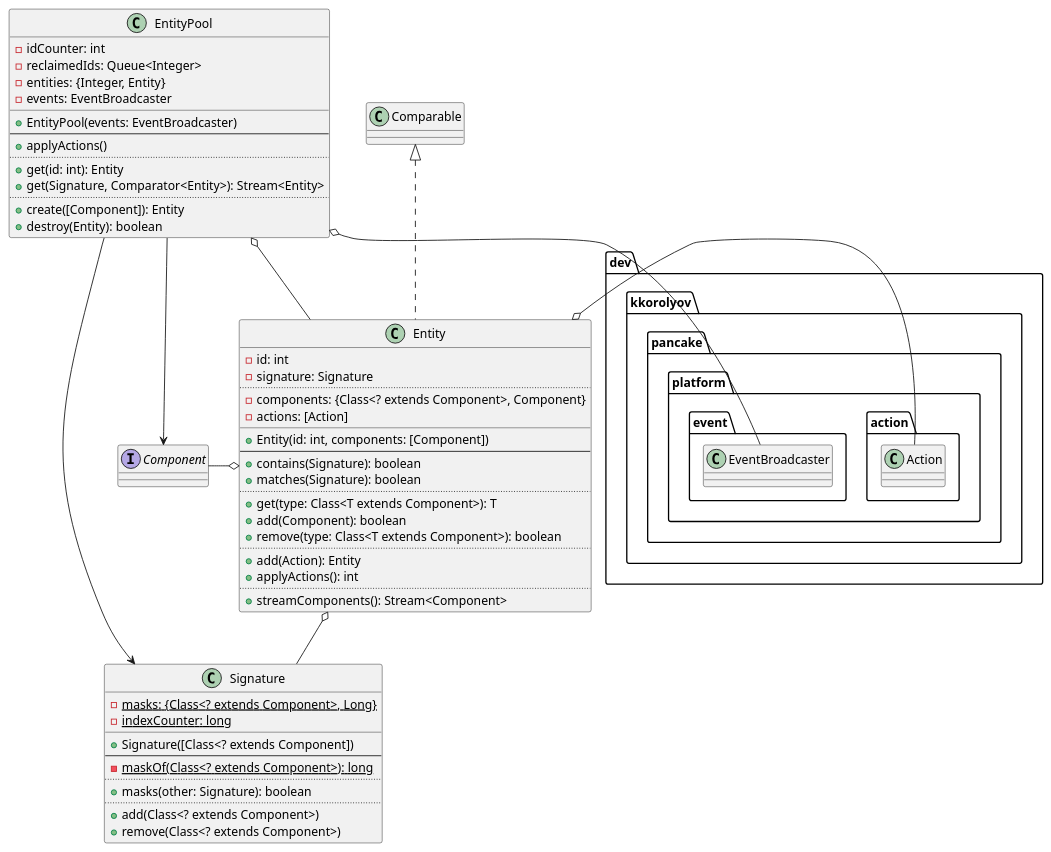
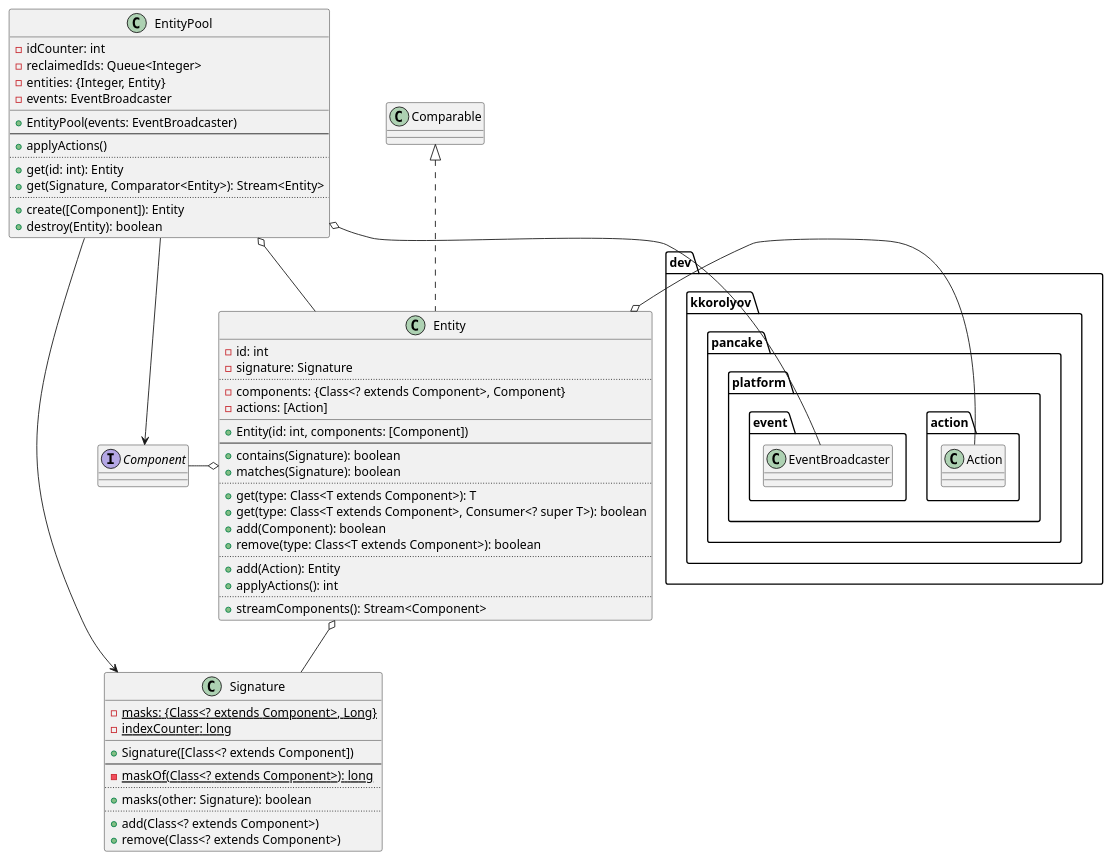
The diagram in docs/uml/pancake-platform/entity.class.puml (kkorolyov/pancake), drawn with PlantUML before and after one commit. The commit also changed 2 other files, not shown here.

Commit message:
Add safe Entity#get()

```diff
--- a/docs/uml/pancake-platform/entity.class.puml
+++ b/docs/uml/pancake-platform/entity.class.puml
@@ -1,66 +1,67 @@
 @startuml
 
 interface Component
 
 class Entity {
 	-id: int
 	-signature: Signature
 	..
 	-components: {Class<? extends Component>, Component}
 	-actions: [Action]
 	__
 	+Entity(id: int, components: [Component])
 	--
 	+contains(Signature): boolean
 	+matches(Signature): boolean
 	..
 	+get(type: Class<T extends Component>): T
+	+get(type: Class<T extends Component>, Consumer<? super T>): boolean
 	+add(Component): boolean
 	+remove(type: Class<T extends Component>): boolean
 	..
 	+add(Action): Entity
 	+applyActions(): int
 	..
 	+streamComponents(): Stream<Component>
 }
 Entity .u.|> Comparable
 Entity o-- Signature
 Entity o-l- Component
 Entity o- dev.kkorolyov.pancake.platform.action.Action
 
 class EntityPool {
 	-idCounter: int
 	-reclaimedIds: Queue<Integer>
 	-entities: {Integer, Entity}
 	-events: EventBroadcaster
 	__
 	+EntityPool(events: EventBroadcaster)
 	--
 	+applyActions()
 	..
 	+get(id: int): Entity
 	+get(Signature, Comparator<Entity>): Stream<Entity>
 	..
 	+create([Component]): Entity
 	+destroy(Entity): boolean
 }
 EntityPool o-- Entity
 EntityPool --> Component
 EntityPool --> Signature
 EntityPool o- dev.kkorolyov.pancake.platform.event.EventBroadcaster
 
 class Signature {
 	{static} -masks: {Class<? extends Component>, Long}
 	{static} -indexCounter: long
 	__
 	+Signature([Class<? extends Component])
 	--
 	{static} -maskOf(Class<? extends Component>): long
 	..
 	+masks(other: Signature): boolean
 	..
 	+add(Class<? extends Component>)
 	+remove(Class<? extends Component>)
 }
 
 @enduml
```
